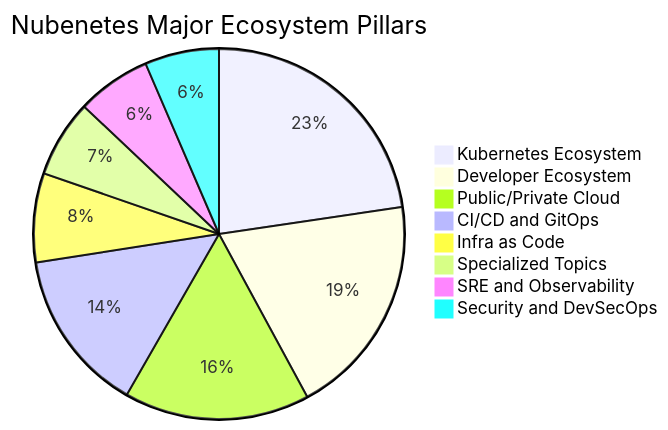
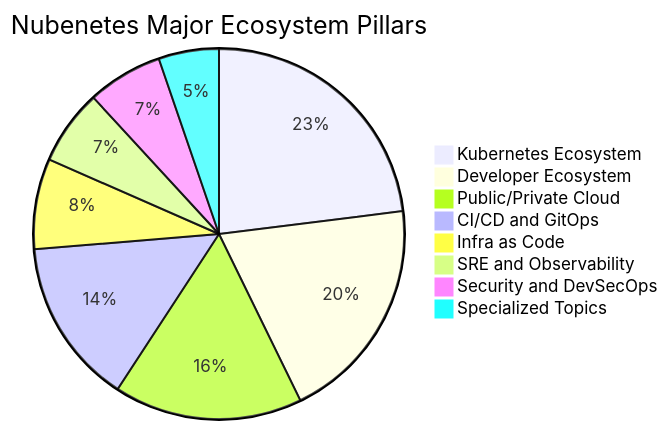
Before and after one commit to nubenetes/awesome-kubernetes: the first of 9 diagrams in README.md, drawn with Mermaid. The commit also changed other lines of this file, not shown here.

````diff
--- a/README.md
+++ b/README.md
@@ -184,11 +184,11 @@
 ```mermaid
 pie title Nubenetes Major Ecosystem Pillars
     "Kubernetes Ecosystem" : 3500
     "Developer Ecosystem" : 3000
     "Public/Private Cloud" : 2500
     "CI/CD and GitOps" : 2200
     "Infra as Code" : 1200
-    "Specialized Topics" : 1041
     "SRE and Observability" : 1000
     "Security and DevSecOps" : 1000
+    "Specialized Topics" : 800
 ```
````
